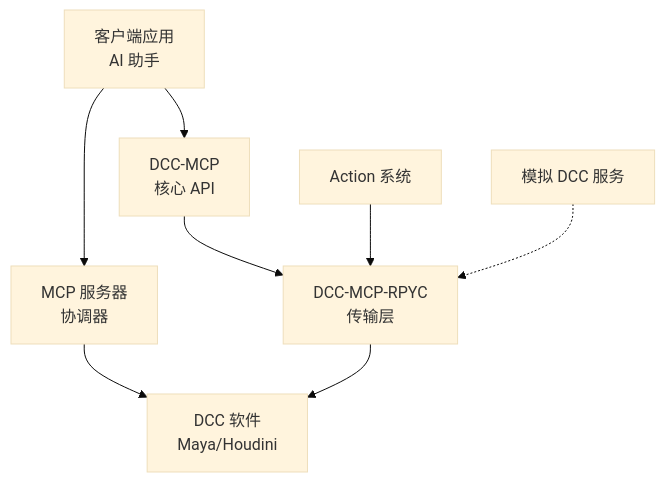
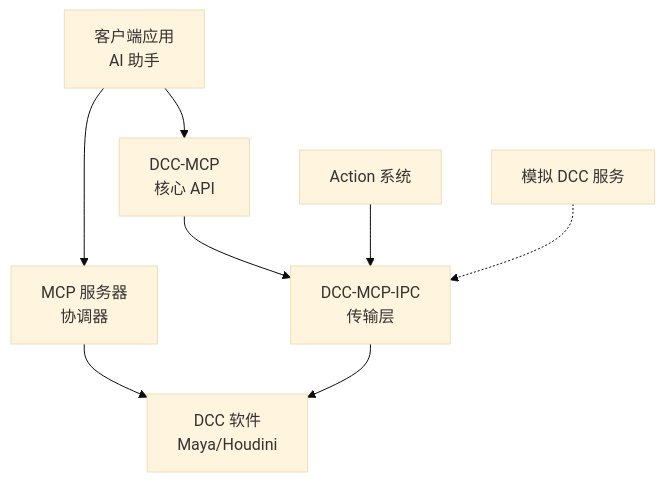
One commit to loonghao/dcc-mcp-rpyc changed the diagram in README_zh.md. Above: the diagram before and after it, drawn with Mermaid (base theme). The commit also changed other lines of this file and 121 other files, not shown here.

First line of the commit message:
refactor: rename dcc-mcp-rpyc to dcc-mcp-ipc

````diff
--- a/README_zh.md
+++ b/README_zh.md
@@ -47,10 +47,10 @@
 ```mermaid
 graph TD
     A[客户端应用<br>AI 助手] --> B[MCP 服务器<br>协调器]
     B --> C[DCC 软件<br>Maya/Houdini]
     A --> D[DCC-MCP<br>核心 API]
-    D --> E[DCC-MCP-RPYC<br>传输层]
+    D --> E[DCC-MCP-IPC<br>传输层]
     E --> C
     F[Action 系统] --> E
     G[模拟 DCC 服务] -.-> E
 ```
````
